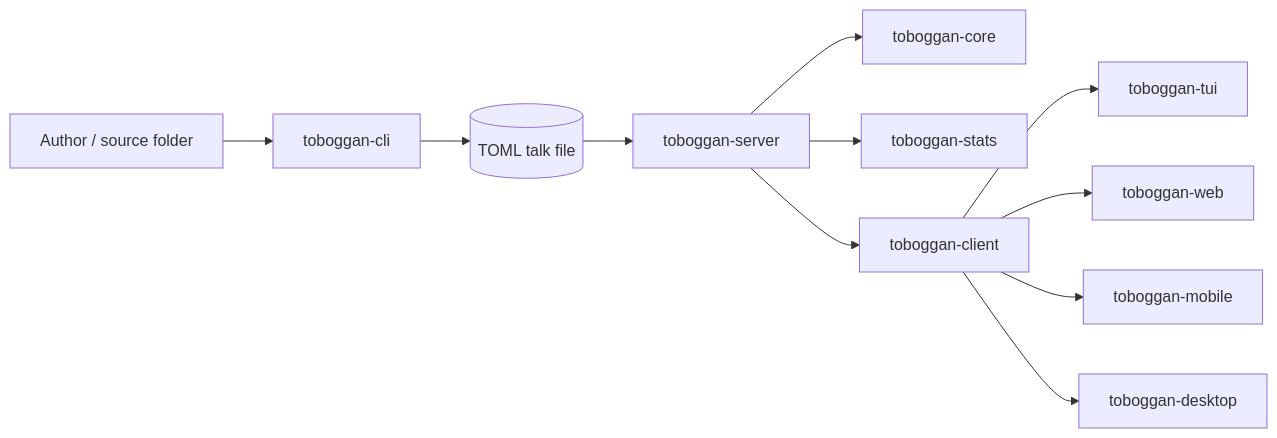
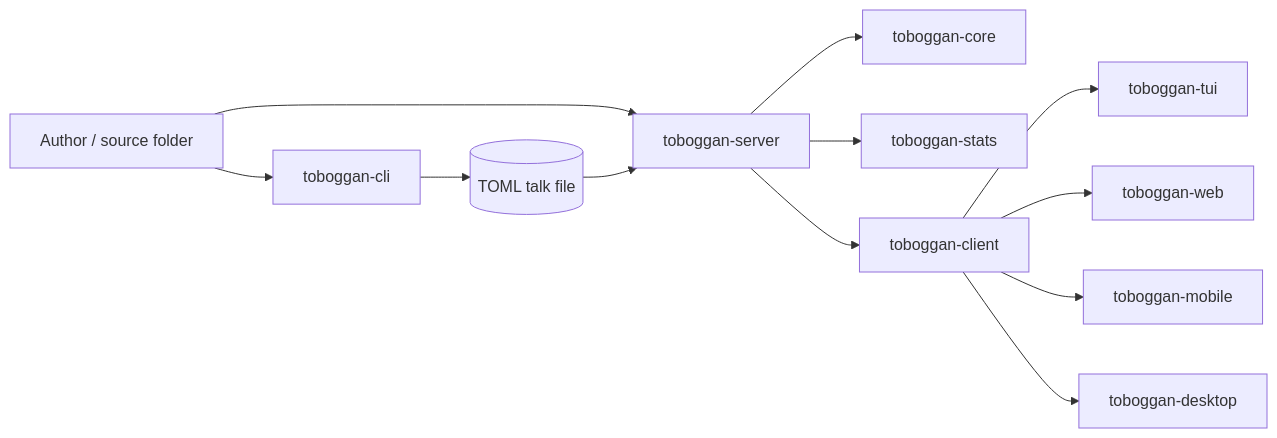
Before and after one commit to Tednoob17/toboggan: the diagram in docs/src/reference/architecture.md, drawn with Mermaid. The commit also changed 30 other files, not shown here.

````diff
--- a/docs/src/reference/architecture.md
+++ b/docs/src/reference/architecture.md
@@ -23,13 +23,14 @@
 ```mermaid
 flowchart LR
 	author[Author / source folder] --> cli[toboggan-cli]
+	author --> server[toboggan-server]
 	cli --> talk[(TOML talk file)]
-	talk --> server[toboggan-server]
+	talk --> server
 	server --> core[toboggan-core]
 	server --> stats[toboggan-stats]
 	server --> clientlib[toboggan-client]
 	clientlib --> tui[toboggan-tui]
 	clientlib --> web[toboggan-web]
 	clientlib --> mobile[toboggan-mobile]
 	clientlib --> desktop[toboggan-desktop]
 ```
````
